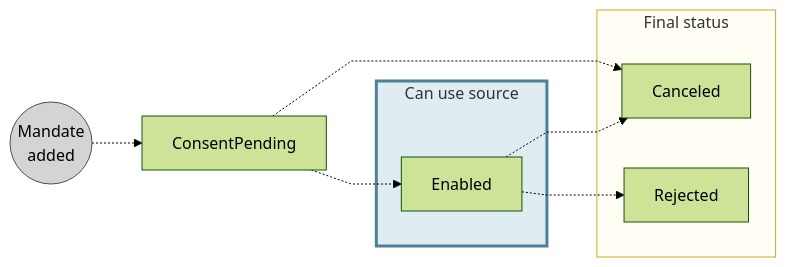
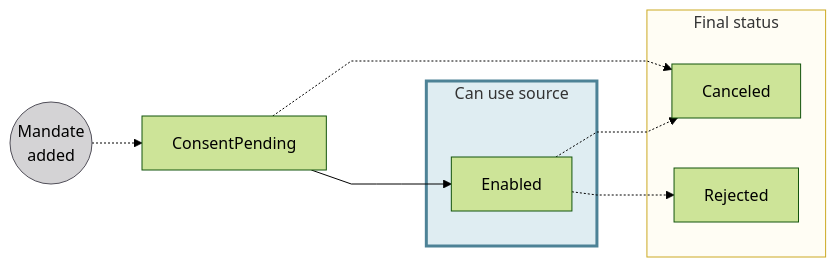
Before and after one commit to swan-io/docs: the second of 2 diagrams in docs/topics/accounts/funding/index.mdx, drawn with Mermaid (forest theme). The commit also changed other lines of this file and 73 other files, not shown here.

````diff
--- a/docs/topics/accounts/funding/index.mdx
+++ b/docs/topics/accounts/funding/index.mdx
@@ -100,19 +102,19 @@
 ```mermaid
 %%{ init: { 'flowchart': { 'curve': 'linear' } } }%%
 flowchart LR
     AMA((Mandate<br/>added)) -.-> CP[ConsentPending]
-    CP -.-> E[Enabled]
+    CP ---> E[Enabled]
     CP -.-> C[Canceled]
     E -.->R[Rejected]
     E -.-> C
     subgraph U[Can use source]
         E
     end
     subgraph F[Final status]
         C
         R
     end
     style AMA fill:#D4D3D5,stroke:#514F59
     style F fill:#fffdf4,stroke:#cca922
     style U fill:#dfedf2,stroke:#4d8296, stroke-width:3px
 ```
````
